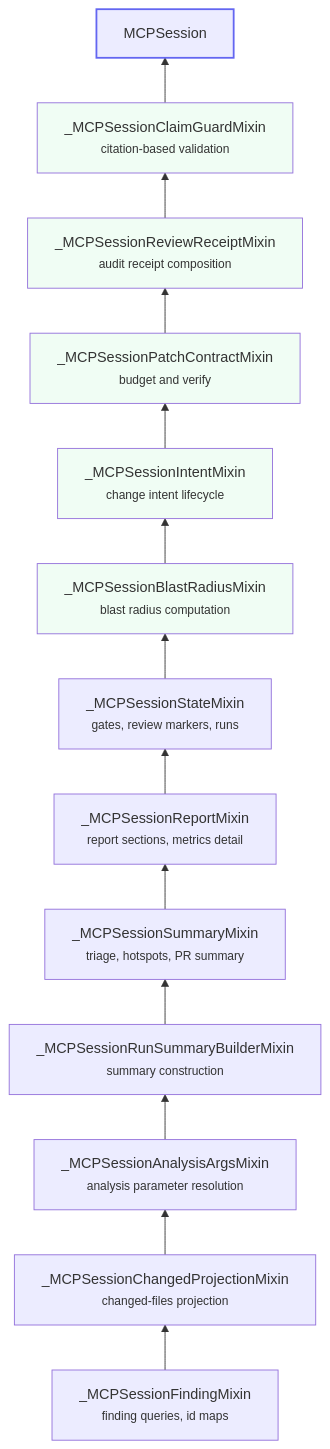
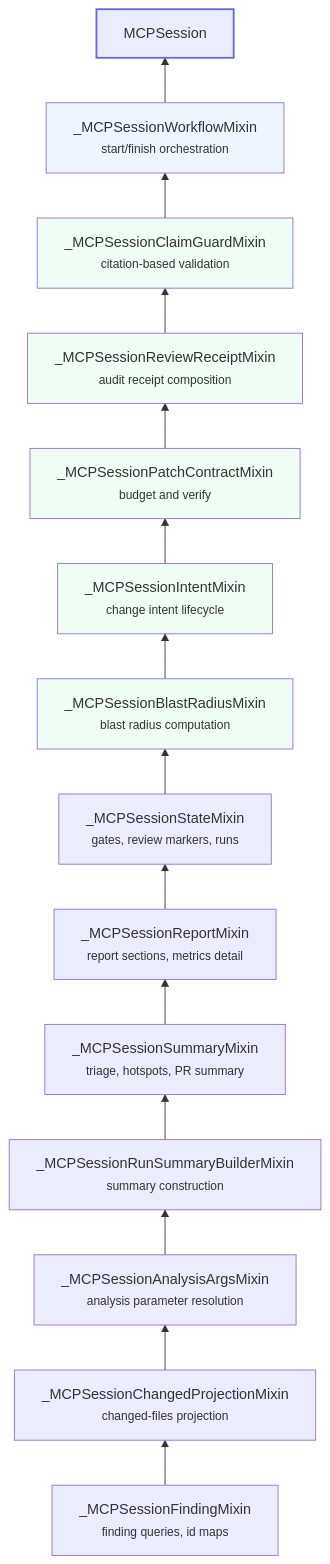
One commit to orenlab/codeclone changed the third of 5 diagrams in docs/mcp.md. Above: the diagram before and after it, drawn with Mermaid. The commit also changed other lines of this file and 14 other files, not shown here.

````diff
--- a/docs/mcp.md
+++ b/docs/mcp.md
@@ -65,23 +65,25 @@
 ```mermaid
 graph BT
     F["_MCPSessionFindingMixin<br/><small>finding queries, id maps</small>"]
     CP["_MCPSessionChangedProjectionMixin<br/><small>changed-files projection</small>"]
     AA["_MCPSessionAnalysisArgsMixin<br/><small>analysis parameter resolution</small>"]
     RSB["_MCPSessionRunSummaryBuilderMixin<br/><small>summary construction</small>"]
     SM["_MCPSessionSummaryMixin<br/><small>triage, hotspots, PR summary</small>"]
     RPM["_MCPSessionReportMixin<br/><small>report sections, metrics detail</small>"]
     STM["_MCPSessionStateMixin<br/><small>gates, review markers, runs</small>"]
     BR["_MCPSessionBlastRadiusMixin<br/><small>blast radius computation</small>"]
     IM["_MCPSessionIntentMixin<br/><small>change intent lifecycle</small>"]
     PC["_MCPSessionPatchContractMixin<br/><small>budget and verify</small>"]
     RR["_MCPSessionReviewReceiptMixin<br/><small>audit receipt composition</small>"]
     CG["_MCPSessionClaimGuardMixin<br/><small>citation-based validation</small>"]
+    WF["_MCPSessionWorkflowMixin<br/><small>start/finish orchestration</small>"]
     S["MCPSession"]
-    F --> CP --> AA --> RSB --> SM --> RPM --> STM --> BR --> IM --> PC --> RR --> CG --> S
+    F --> CP --> AA --> RSB --> SM --> RPM --> STM --> BR --> IM --> PC --> RR --> CG --> WF --> S
     style S stroke: #6366f1, stroke-width: 2px
+    style WF fill: #eff6ff
     style CG fill: #f0fdf4
     style RR fill: #f0fdf4
     style PC fill: #f0fdf4
     style IM fill: #f0fdf4
     style BR fill: #f0fdf4
 ```
````
